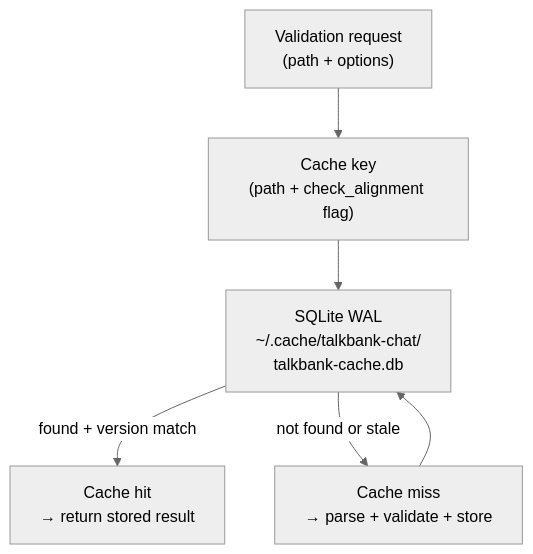
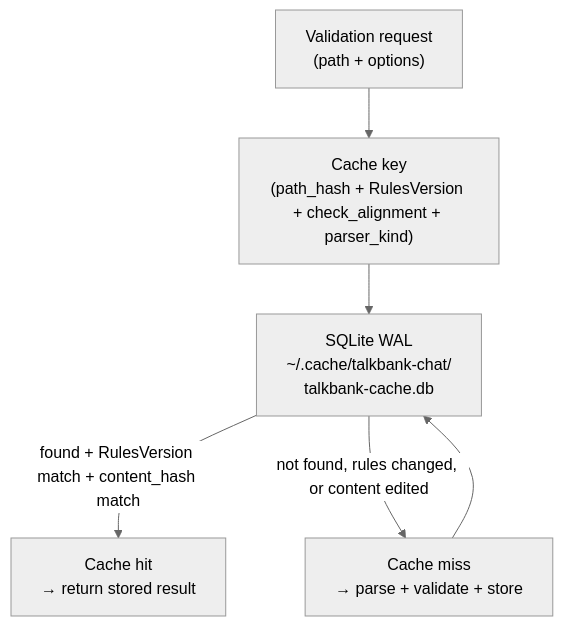
The diagram in book/src/architecture/parser-and-grammar/validation-cache.md (TalkBank/chatter), drawn with Mermaid (neutral theme) before and after one commit. The commit also changed other lines of this file and 12 other files, not shown here.

First line of the commit message:
fix(cache): key the validation cache on a rules fingerprint, not the crate version

````diff
--- a/book/src/architecture/parser-and-grammar/validation-cache.md
+++ b/book/src/architecture/parser-and-grammar/validation-cache.md
@@ -16,13 +16,13 @@
 ```mermaid
 flowchart TD
     req["Validation request\n(path + options)"]
-    key["Cache key\n(path + check_alignment flag)"]
+    key["Cache key\n(path_hash + RulesVersion + check_alignment + parser_kind)"]
     db["SQLite WAL\n~/.cache/talkbank-chat/\ntalkbank-cache.db"]
     hit["Cache hit\n→ return stored result"]
     miss["Cache miss\n→ parse + validate + store"]
 
     req --> key --> db
-    db -->|found + version match| hit
-    db -->|not found or stale| miss
+    db -->|"found + RulesVersion match + content_hash match"| hit
+    db -->|"not found, rules changed, or content edited"| miss
     miss --> db
 ```
````
